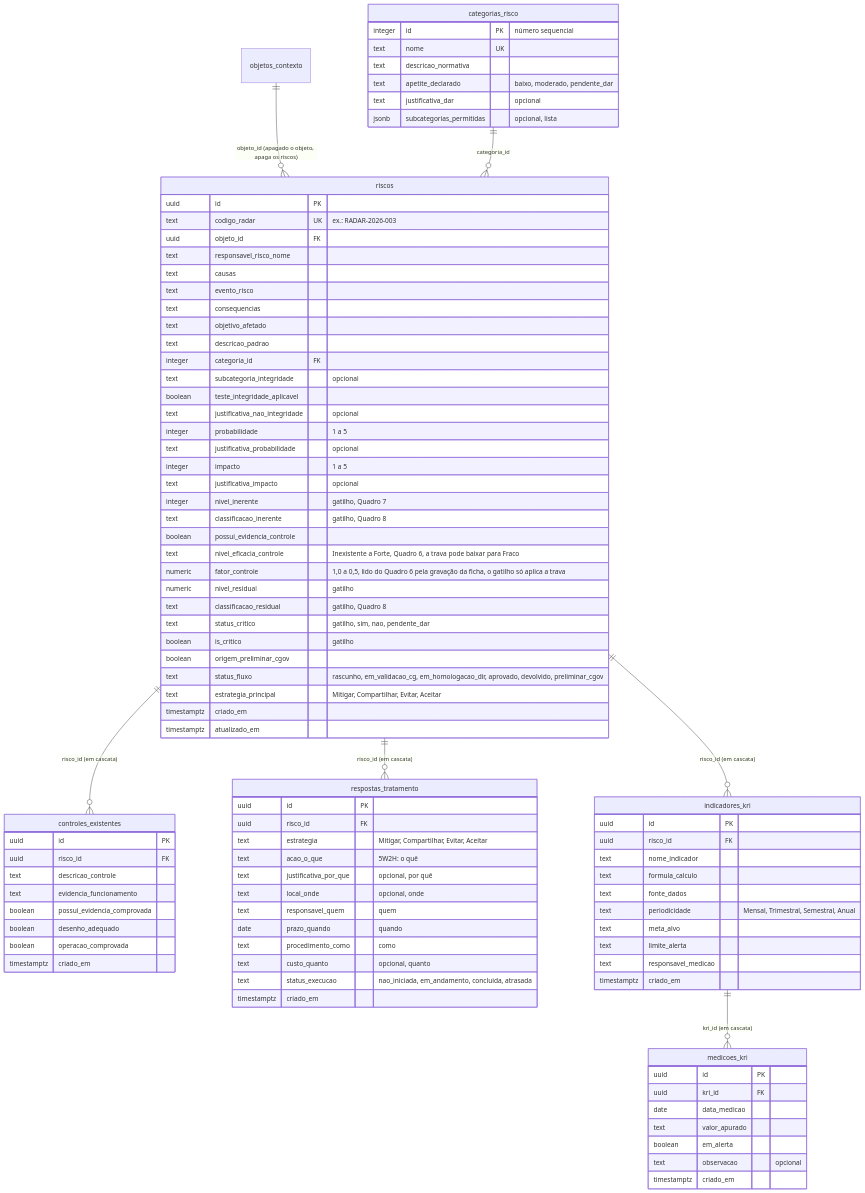
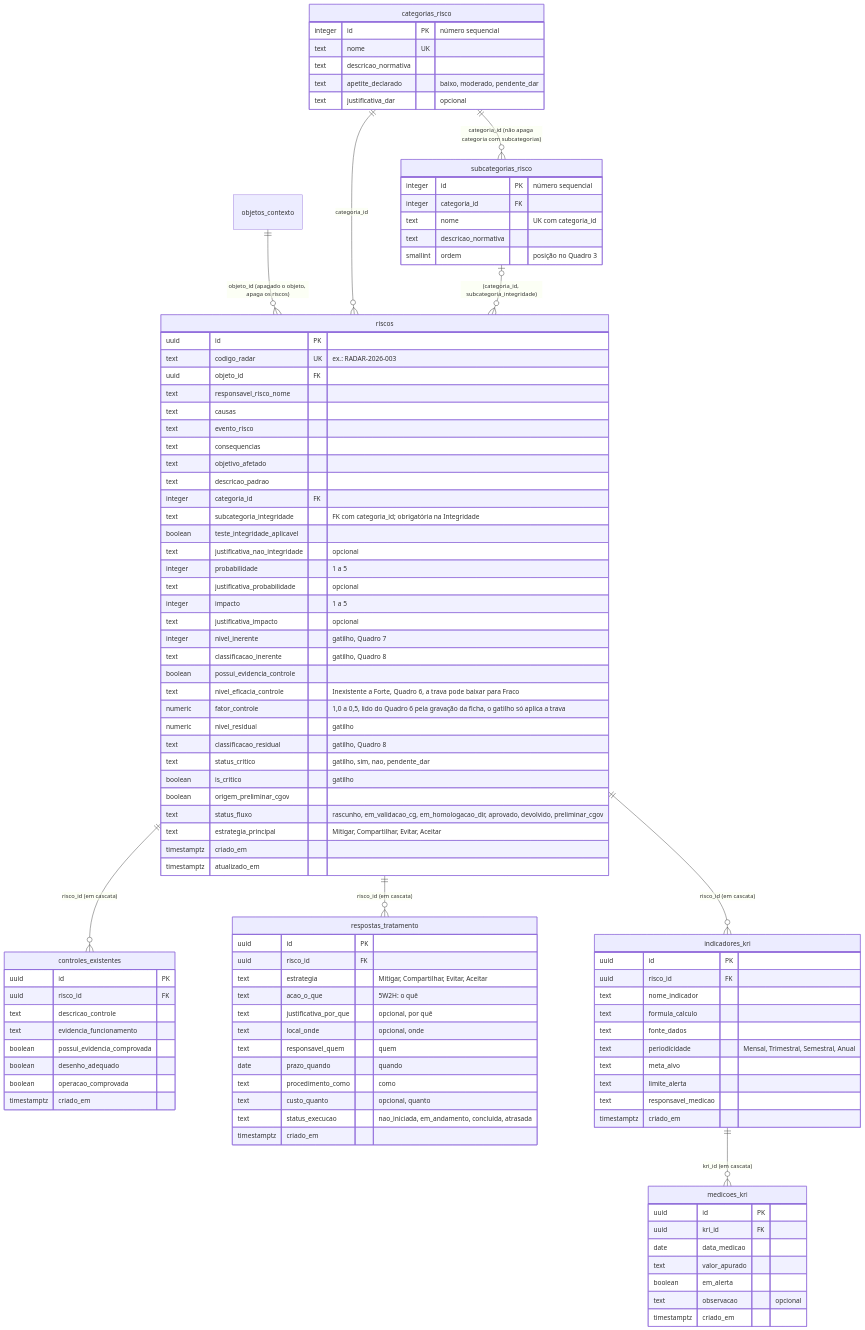
The second of 3 diagrams in docs/40-nivel4-dados/der-logico.md (lpchagas/cgov-riscos), drawn with Mermaid before and after one commit. The commit also changed other lines of this file and 19 other files, not shown here.

First line of the commit message:
feat(banco): subcategorias_risco, chave estrangeira e Quadro 2 no banco (LAC-14, LAC-15)

```diff
--- a/docs/40-nivel4-dados/der-logico.md
+++ b/docs/40-nivel4-dados/der-logico.md
@@ -113,7 +113,13 @@
         text descricao_normativa
         text apetite_declarado "baixo, moderado, pendente_dar"
         text justificativa_dar "opcional"
-        jsonb subcategorias_permitidas "opcional, lista"
+    }
+    subcategorias_risco {
+        integer id PK "número sequencial"
+        integer categoria_id FK
+        text nome "UK com categoria_id"
+        text descricao_normativa
+        smallint ordem "posição no Quadro 3"
     }
     riscos {
         uuid id PK
@@ -126,7 +132,7 @@
         text objetivo_afetado
         text descricao_padrao
         integer categoria_id FK
-        text subcategoria_integridade "opcional"
+        text subcategoria_integridade "FK com categoria_id; obrigatória na Integridade"
         boolean teste_integridade_aplicavel
         text justificativa_nao_integridade "opcional"
         integer probabilidade "1 a 5"
@@ -196,6 +202,8 @@
 
     objetos_contexto ||--o{ riscos : "objeto_id (apagado o objeto, apaga os riscos)"
     categorias_risco ||--o{ riscos : "categoria_id"
+    categorias_risco ||--o{ subcategorias_risco : "categoria_id (não apaga categoria com subcategorias)"
+    subcategorias_risco |o--o{ riscos : "(categoria_id, subcategoria_integridade)"
     riscos ||--o{ controles_existentes : "risco_id (em cascata)"
     riscos ||--o{ respostas_tratamento : "risco_id (em cascata)"
     riscos ||--o{ indicadores_kri : "risco_id (em cascata)"
```
